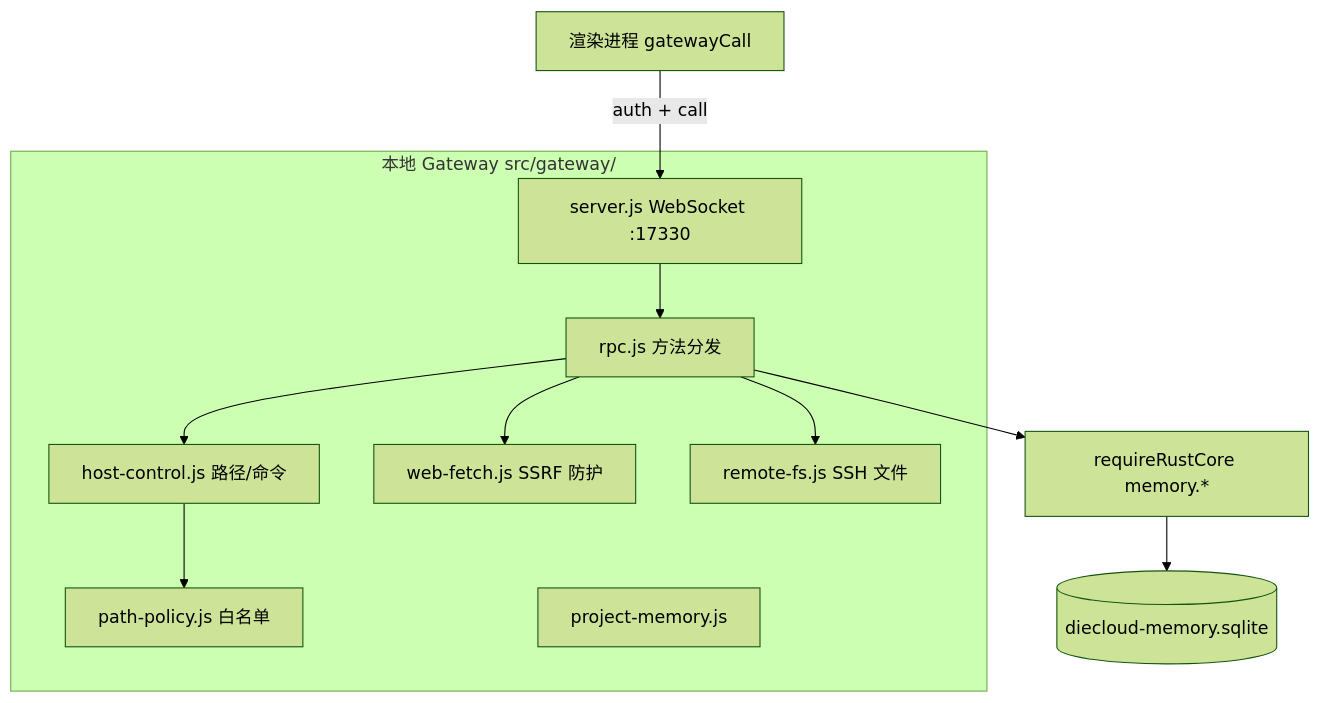
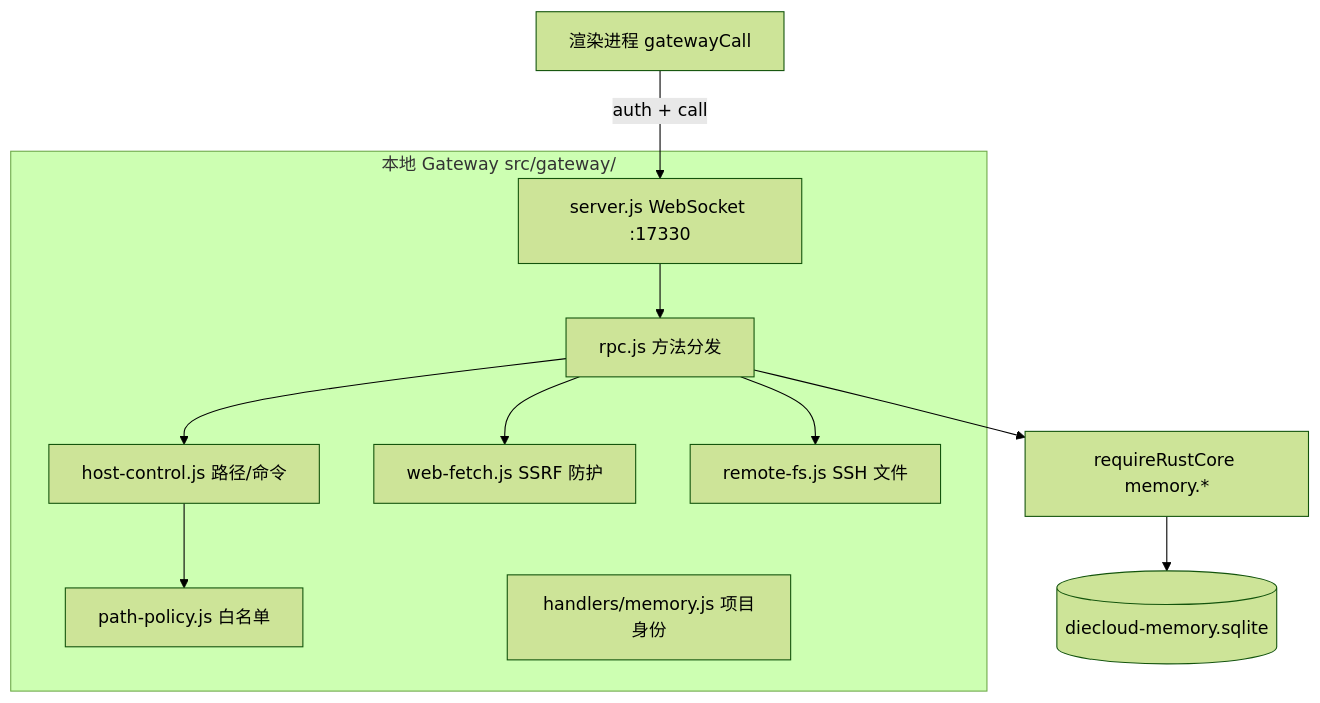
Before and after one commit to zuochamo/dieyunagent: the third of 15 diagrams in docs/ARCHITECTURE.md, drawn with Mermaid (forest theme). The commit also changed other lines of this file and 29 other files, not shown here.

````diff
--- a/docs/ARCHITECTURE.md
+++ b/docs/ARCHITECTURE.md
@@ -184,21 +184,21 @@
 ```mermaid
 flowchart TB
   subgraph GW["本地 Gateway src/gateway/"]
     Server["server.js WebSocket :17330"]
     RPC["rpc.js 方法分发"]
     Host["host-control.js 路径/命令"]
     PathPol["path-policy.js 白名单"]
     Web["web-fetch.js SSRF 防护"]
     RemoteFS["remote-fs.js SSH 文件"]
-    ProjMem["project-memory.js"]
+    ProjId["handlers/memory.js 项目身份"]
   end
 
   WS[渲染进程 gatewayCall] -->|auth + call| Server
   Server --> RPC
   RPC --> Host
   RPC --> Web
   RPC --> RemoteFS
   RPC --> CoreMem["requireRustCore memory.*"]
   Host --> PathPol
   CoreMem --> SQLite[(diecloud-memory.sqlite)]
 ```
````
